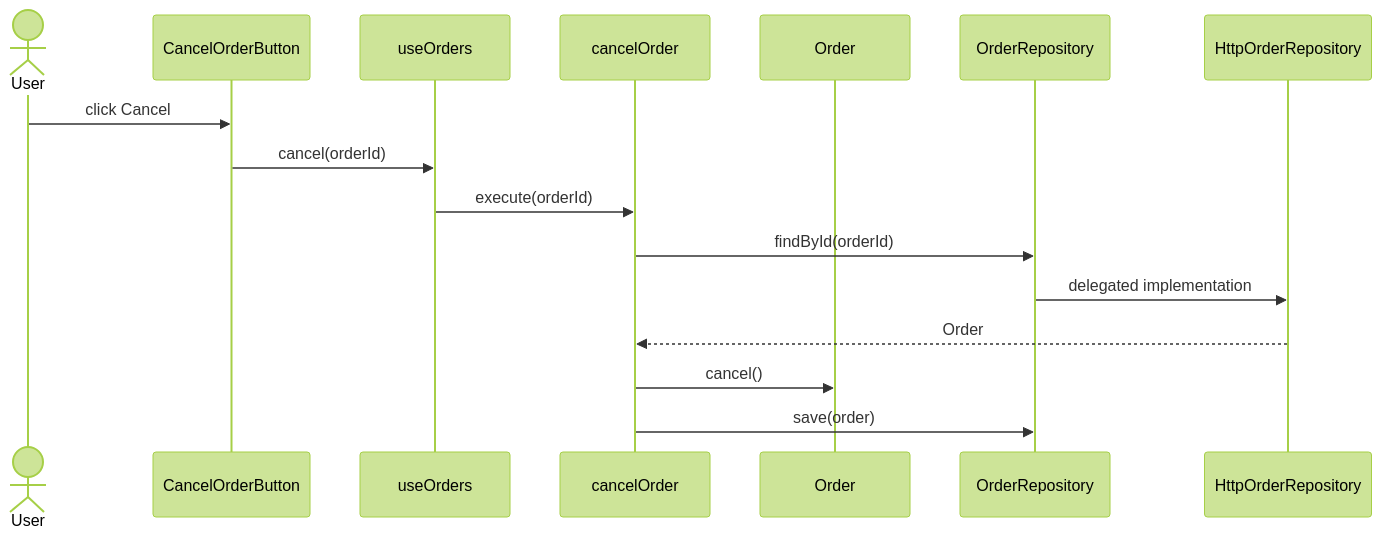
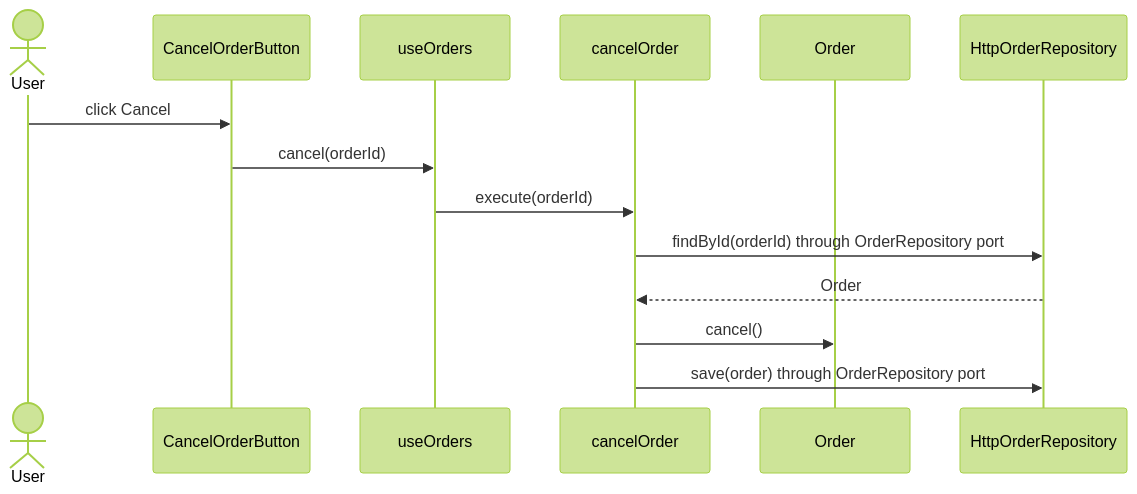
One commit to AndresTaoFlorez/software-architecture changed the sixth of 7 diagrams in onion-architecture/README.md. Above: the diagram before and after it, drawn with Mermaid (forest theme). The commit also changed 6 other files, not shown here.

Commit message:
docs: audit architecture semantics and harden documentation checks

````diff
--- a/onion-architecture/README.md
+++ b/onion-architecture/README.md
@@ -222,19 +222,17 @@
 ```mermaid
 sequenceDiagram
     actor User
     participant View as CancelOrderButton
     participant VM as useOrders
     participant UC as cancelOrder
     participant Order as Order
-    participant Port as OrderRepository
-    participant Http as HttpOrderRepository
+    participant Adapter as HttpOrderRepository
 
     User->>View: click Cancel
     View->>VM: cancel(orderId)
     VM->>UC: execute(orderId)
-    UC->>Port: findById(orderId)
-    Port->>Http: delegated implementation
-    Http-->>UC: Order
+    UC->>Adapter: findById(orderId) through OrderRepository port
+    Adapter-->>UC: Order
     UC->>Order: cancel()
-    UC->>Port: save(order)
+    UC->>Adapter: save(order) through OrderRepository port
 ```
````
